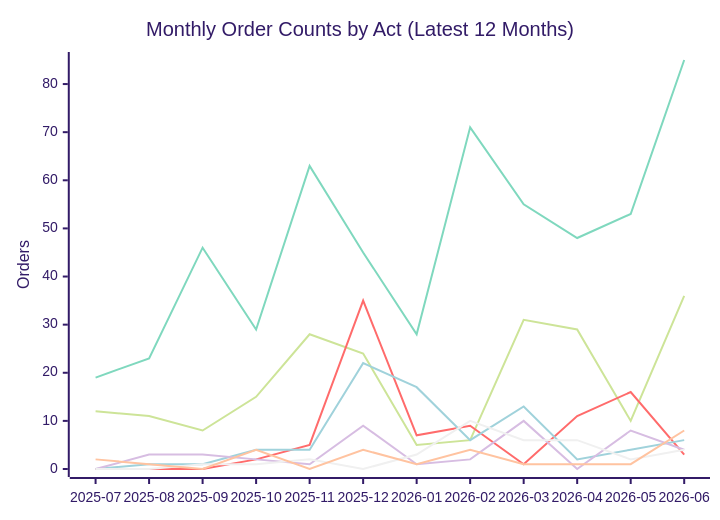
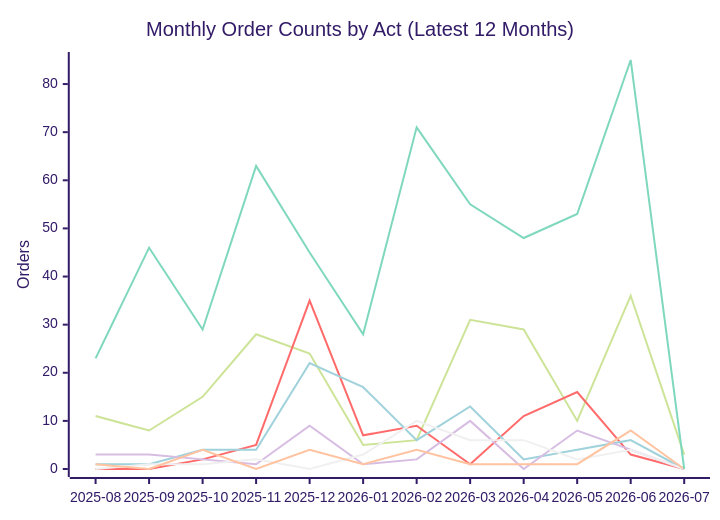
The second of 2 diagrams in README.md (PatLittle/oic-data), drawn with Mermaid (forest theme) before and after one commit. The commit also changed other lines of this file and 7 other files, not shown here.

````diff
--- a/README.md
+++ b/README.md
@@ -71,13 +71,13 @@
 ```mermaid
 xychart-beta
     title "Monthly Order Counts by Act (Latest 12 Months)"
-    x-axis ["2025-07", "2025-08", "2025-09", "2025-10", "2025-11", "2025-12", "2026-01", "2026-02", "2026-03", "2026-04", "2026-05", "2026-06"]
+    x-axis ["2025-08", "2025-09", "2025-10", "2025-11", "2025-12", "2026-01", "2026-02", "2026-03", "2026-04", "2026-05", "2026-06", "2026-07"]
     y-axis "Orders" 0 --> 85
-    line [12, 11, 8, 15, 28, 24, 5, 6, 31, 29, 10, 36]
-    line [0, 0, 0, 2, 5, 35, 7, 9, 1, 11, 16, 3]
-    line [0, 1, 1, 4, 4, 22, 17, 6, 13, 2, 4, 6]
-    line [0, 3, 3, 2, 1, 9, 1, 2, 10, 0, 8, 4]
-    line [0, 0, 1, 1, 2, 0, 3, 10, 6, 6, 2, 4]
-    line [2, 1, 0, 4, 0, 4, 1, 4, 1, 1, 1, 8]
-    line [19, 23, 46, 29, 63, 45, 28, 71, 55, 48, 53, 85]
+    line [11, 8, 15, 28, 24, 5, 6, 31, 29, 10, 36, 3]
+    line [0, 0, 2, 5, 35, 7, 9, 1, 11, 16, 3, 0]
+    line [1, 1, 4, 4, 22, 17, 6, 13, 2, 4, 6, 0]
+    line [3, 3, 2, 1, 9, 1, 2, 10, 0, 8, 4, 0]
+    line [0, 1, 1, 2, 0, 3, 10, 6, 6, 2, 4, 0]
+    line [1, 0, 4, 0, 4, 1, 4, 1, 1, 1, 8, 0]
+    line [23, 46, 29, 63, 45, 28, 71, 55, 48, 53, 85, 0]
 ```
````
